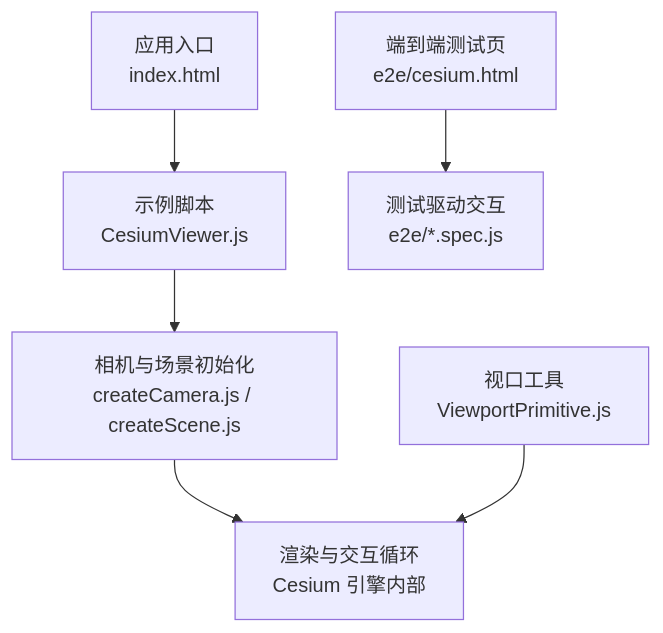
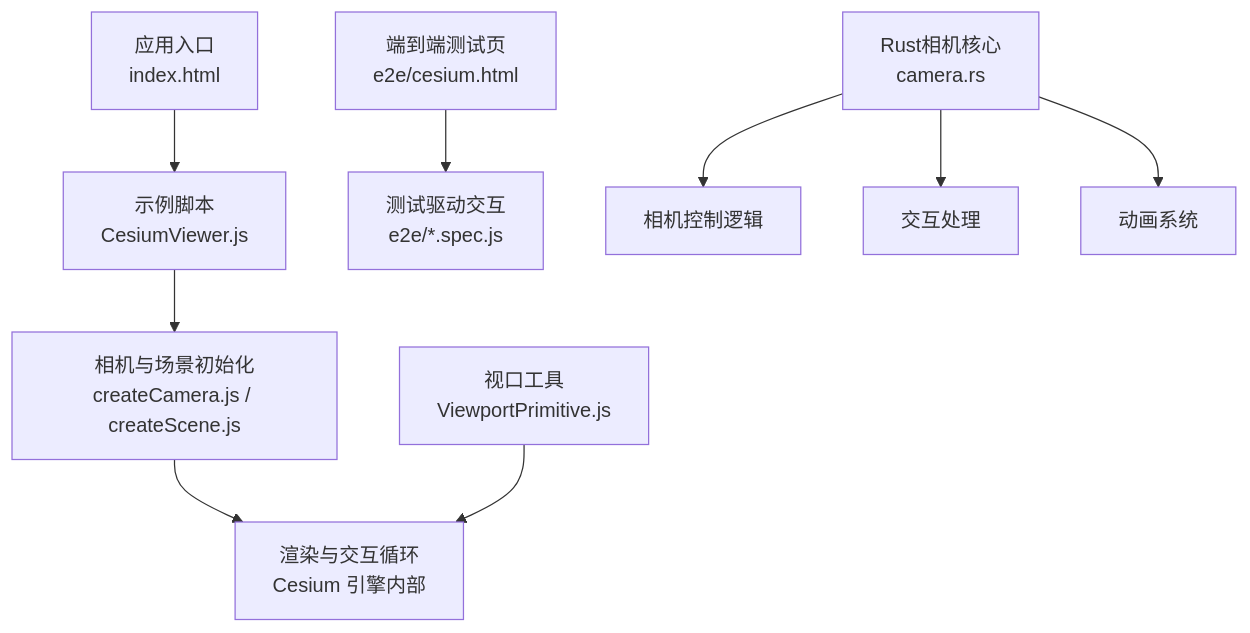
One commit to rzhangjing/cesium changed the first of 4 diagrams in .qoder/repowiki/zh/content/项目概述/核心特性/相机与交互控制/相机控制系统.md. Above: the diagram before and after it, drawn with Mermaid. The commit also changed other lines of this file and 30 other files, not shown here.

````diff
--- a/.qoder/repowiki/zh/content/项目概述/核心特性/相机与交互控制/相机控制系统.md
+++ b/.qoder/repowiki/zh/content/项目概述/核心特性/相机与交互控制/相机控制系统.md
@@ -40,8 +52,11 @@
 ```mermaid
 graph TB
 A["应用入口<br/>index.html"] --> B["示例脚本<br/>CesiumViewer.js"]
 B --> C["相机与场景初始化<br/>createCamera.js / createScene.js"]
 C --> D["渲染与交互循环<br/>Cesium 引擎内部"]
 E["端到端测试页<br/>e2e/cesium.html"] --> F["测试驱动交互<br/>e2e/*.spec.js"]
 G["视口工具<br/>ViewportPrimitive.js"] --> D
+H["Rust相机核心<br/>camera.rs"] --> I["相机控制逻辑"]
+H --> J["交互处理"]
+H --> K["动画系统"]
 ```
````
